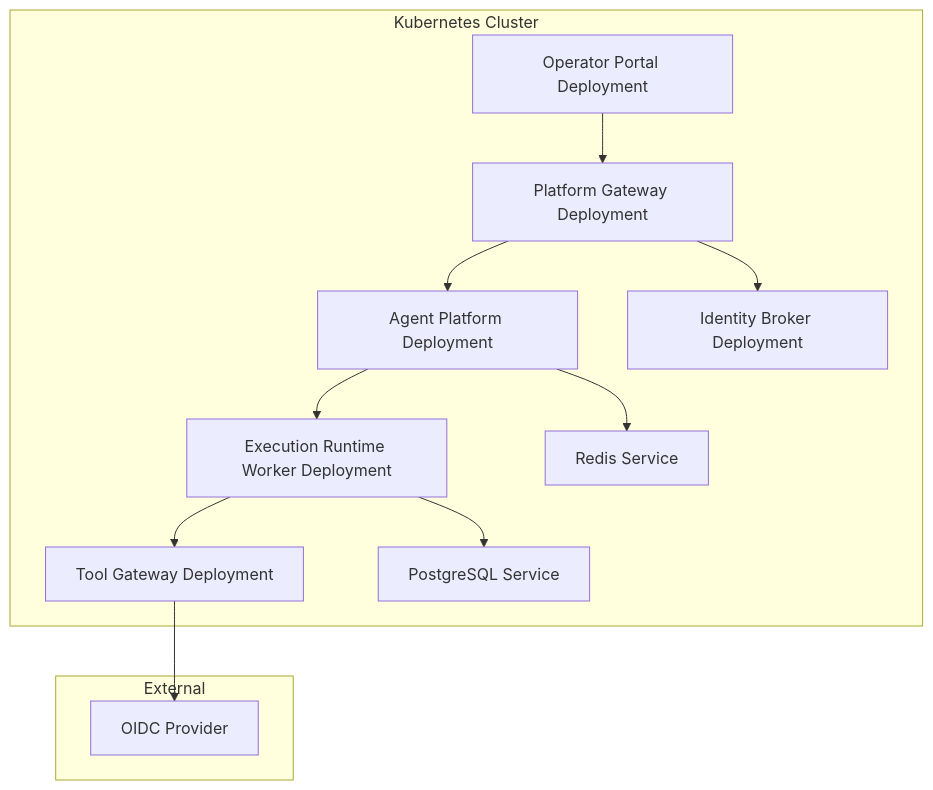
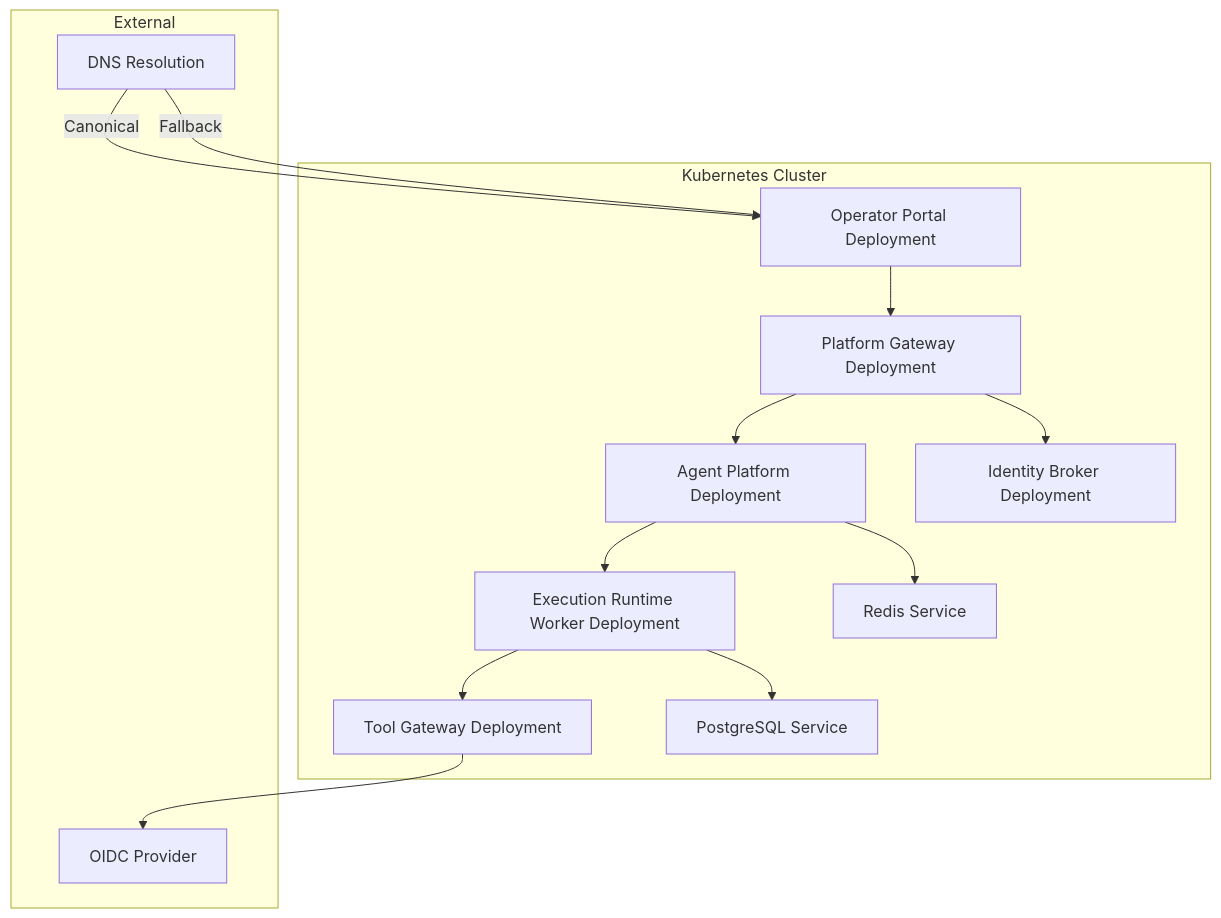
One commit to metasync/luban-aiops changed the ninth of 9 diagrams in .qoder/repowiki/en/content/Architecture Documentation/Architecture Documentation.md. Above: the diagram before and after it, drawn with Mermaid. The commit also changed other lines of this file and 77 other files, not shown here.

````diff
--- a/.qoder/repowiki/en/content/Architecture Documentation/Architecture Documentation.md
+++ b/.qoder/repowiki/en/content/Architecture Documentation/Architecture Documentation.md
@@ -579,24 +606,27 @@
 ```mermaid
 graph TB
 subgraph "Kubernetes Cluster"
 PGW["Platform Gateway Deployment"]
 TGW["Tool Gateway Deployment"]
 ERW["Execution Runtime Worker Deployment"]
 AG["Agent Platform Deployment"]
 ID["Identity Broker Deployment"]
 UI["Operator Portal Deployment"]
 REDIS["Redis Service"]
 POSTGRES["PostgreSQL Service"]
 end
 subgraph "External"
 OIDC["OIDC Provider"]
+DNS["DNS Resolution"]
 end
+DNS --> |Canonical| UI
+DNS --> |Fallback| UI
 UI --> PGW
 PGW --> AG
 PGW --> ID
 AG --> ERW
 AG --> REDIS
 ERW --> TGW
 ERW --> POSTGRES
 TGW --> OIDC
 ```
````
